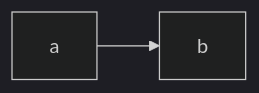
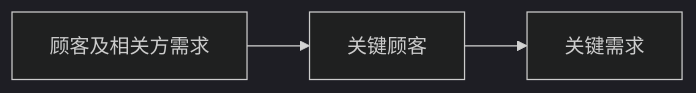
The second of 2 diagrams in Wiki/Innovation/质量信得过班组.md (Keyise/personalwiki), drawn with Mermaid (dark theme) before and after one commit. The commit also changed other lines of this file, not shown here.

````diff
--- a/Wiki/Innovation/质量信得过班组.md
+++ b/Wiki/Innovation/质量信得过班组.md
@@ -59,4 +533,5 @@
 ```mermaid
 graph LR
-a --> b
+gk[顾客及相关方需求]-->关键顾客
+关键顾客--> 关键需求
 ```
````
